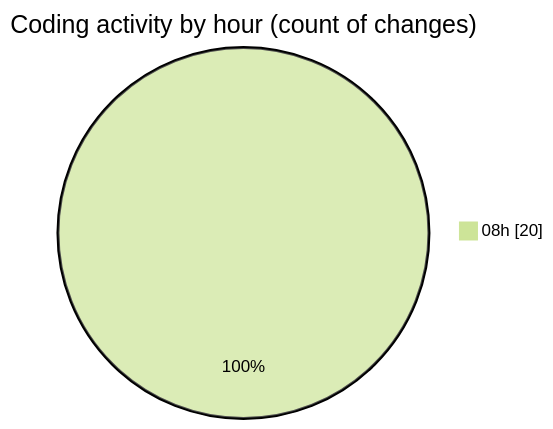
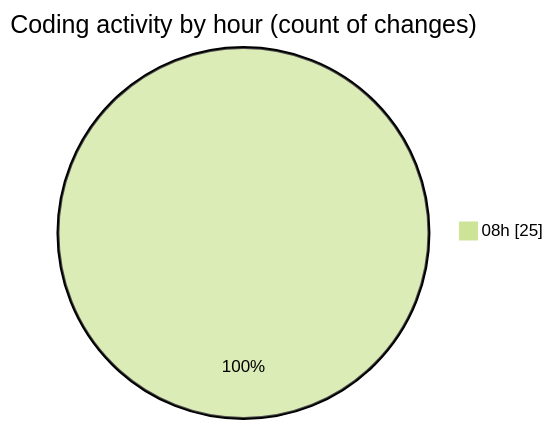
The second of 2 diagrams in 2025-04-20/myws__workspace_/README.md (MatusMokan/code-tracking), drawn with Mermaid (forest theme) before and after one commit. The commit also changed other lines of this file and 1 other file, not shown here.

````diff
--- a/2025-04-20/myws__workspace_/README.md
+++ b/2025-04-20/myws__workspace_/README.md
@@ -28,5 +28,5 @@
 ```mermaid
 pie showData
 title Coding activity by hour (count of changes)
-"08h" : 20
+"08h" : 25
 ```
````
